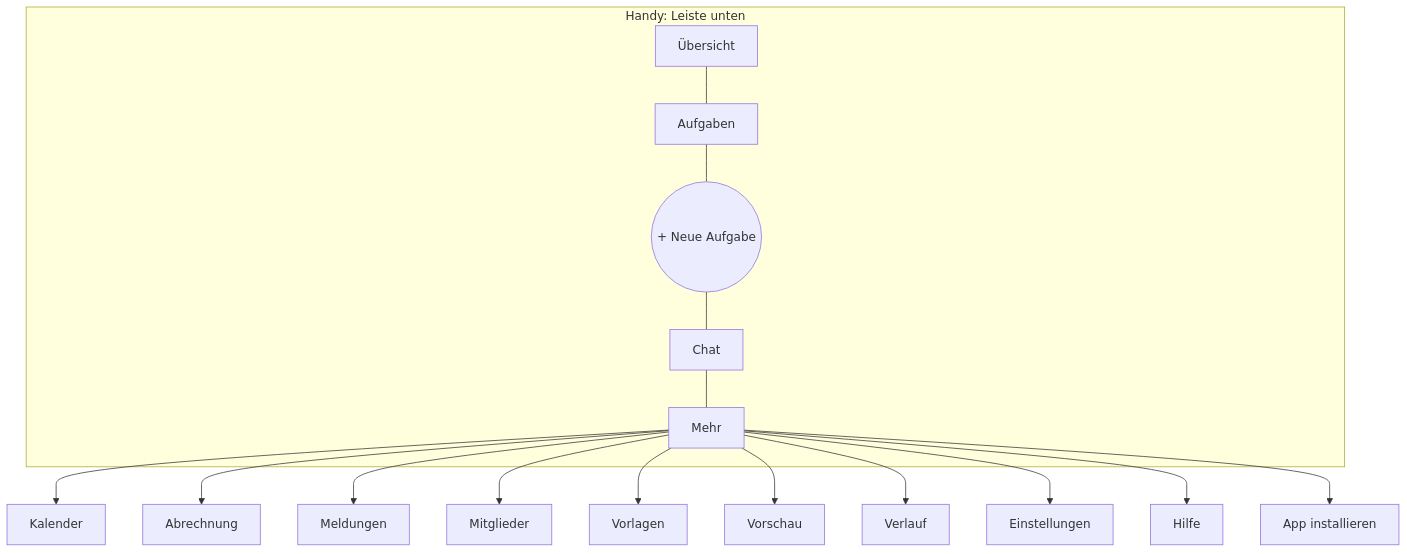
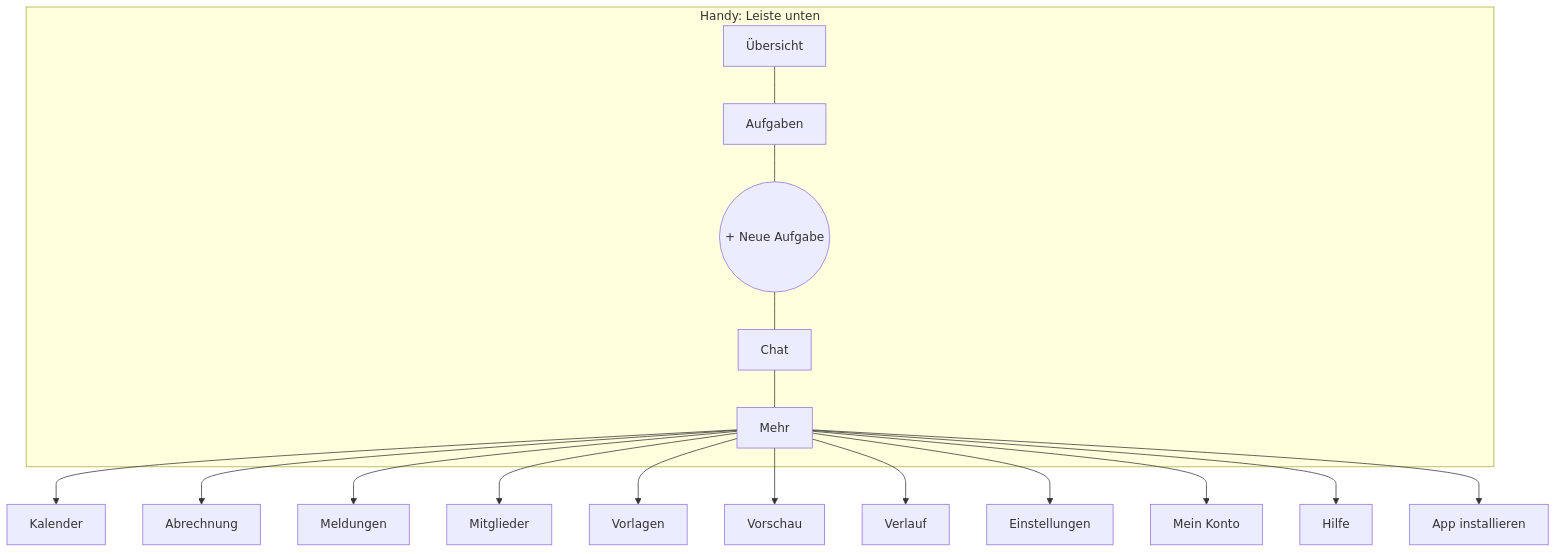
Before and after one commit to FernGro/GartenWebApp: the second of 5 diagrams in docs/benutzerhandbuch.md, drawn with Mermaid. The commit also changed other lines of this file and 9 other files, not shown here.

````diff
--- a/docs/benutzerhandbuch.md
+++ b/docs/benutzerhandbuch.md
@@ -86,7 +90,7 @@
 ```mermaid
 flowchart TB
   subgraph Handy["Handy: Leiste unten"]
     U["Übersicht"] --- A["Aufgaben"] --- N(("+ Neue Aufgabe")) --- C["Chat"] --- M["Mehr"]
   end
-  M --> K["Kalender"] & AB["Abrechnung"] & ME["Meldungen"] & MI["Mitglieder"] & VO["Vorlagen"] & VS["Vorschau"] & VE["Verlauf"] & EI["Einstellungen"] & H["Hilfe"] & I["App installieren"]
+  M --> K["Kalender"] & AB["Abrechnung"] & ME["Meldungen"] & MI["Mitglieder"] & VO["Vorlagen"] & VS["Vorschau"] & VE["Verlauf"] & EI["Einstellungen"] & KO["Mein Konto"] & H["Hilfe"] & I["App installieren"]
 ```
````
